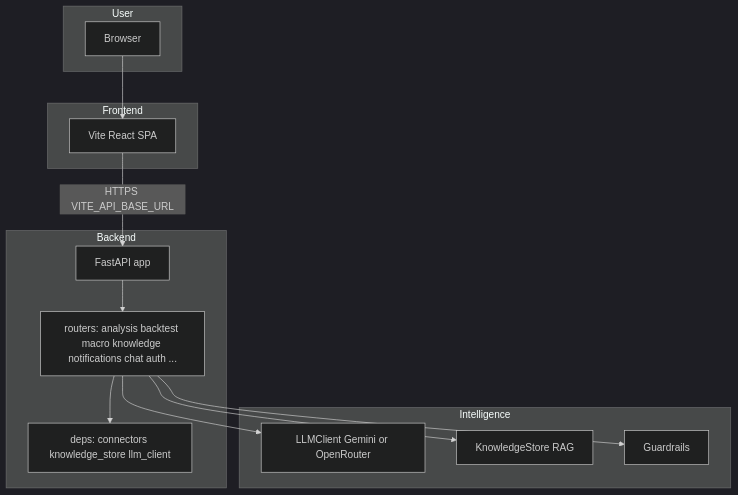
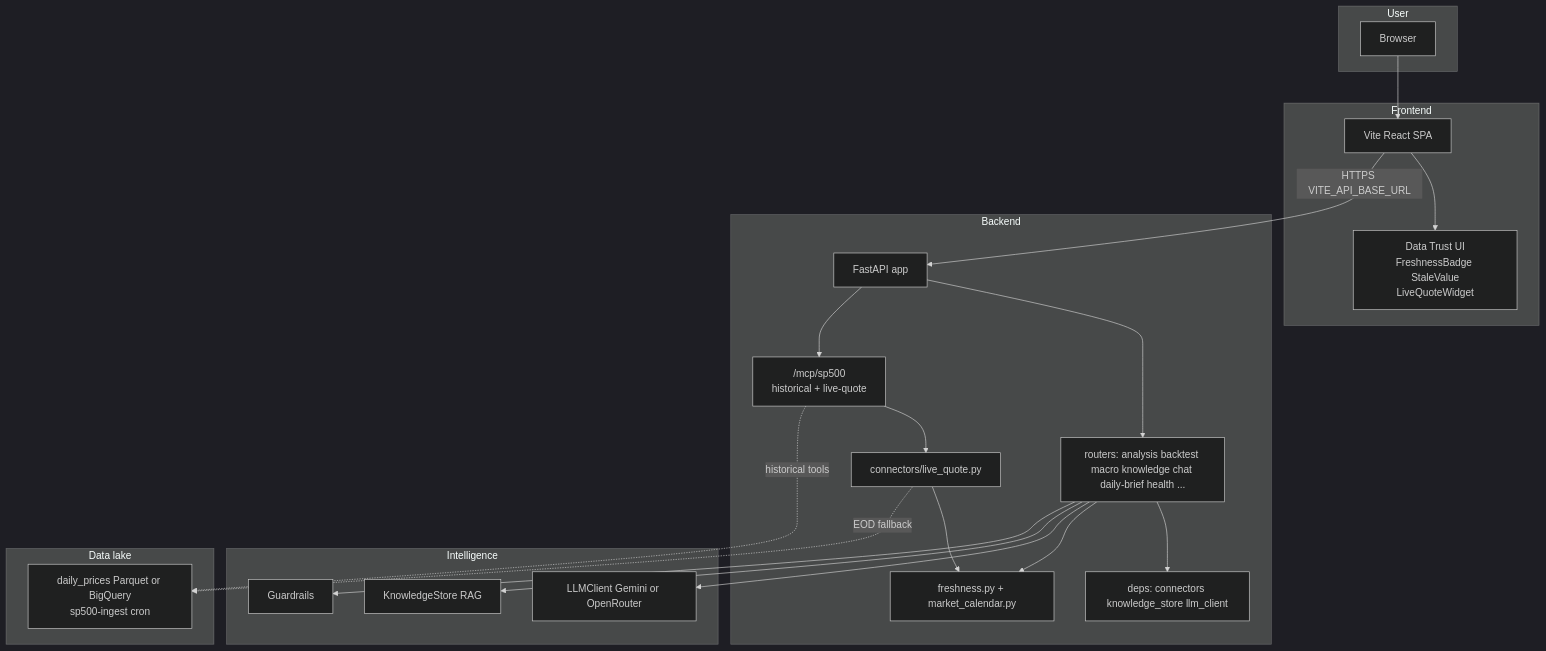
The first of 5 diagrams in docs/ARCHITECTURE.md (manojsilwal/tradetalkapp), drawn with Mermaid (dark theme) before and after one commit. The commit also changed other lines of this file and 72 other files, not shown here.

First line of the commit message:
Ship Data Trust Layer, live quotes, and MiniMax OpenRouter defaults.

````diff
--- a/docs/ARCHITECTURE.md
+++ b/docs/ARCHITECTURE.md
@@ -24,26 +24,40 @@
 ```mermaid
 flowchart TB
   subgraph user [User]
     Browser[Browser]
   end
   subgraph fe [Frontend]
     SPA[Vite React SPA]
+    TrustUI[Data Trust UI\nFreshnessBadge StaleValue\nLiveQuoteWidget]
   end
   subgraph be [Backend]
     API[FastAPI app]
-    Routers[routers: analysis backtest macro knowledge notifications chat auth ...]
+    Routers[routers: analysis backtest macro knowledge chat daily-brief health ...]
+    MCP["/mcp/sp500\nhistorical + live-quote"]
     Deps[deps: connectors knowledge_store llm_client]
+    DTL[freshness.py + market_calendar.py]
+    LiveEng[connectors/live_quote.py]
     API --> Routers
+    API --> MCP
     Routers --> Deps
+    MCP --> LiveEng
+    LiveEng --> DTL
+    Routers --> DTL
   end
   subgraph intel [Intelligence]
     LLM[LLMClient Gemini or OpenRouter]
     KS[KnowledgeStore RAG]
     GR[Guardrails]
   end
+  subgraph lake [Data lake]
+    DL[daily_prices Parquet or BigQuery\nsp500-ingest cron]
+  end
   Browser --> SPA
+  SPA --> TrustUI
   SPA -->|HTTPS VITE_API_BASE_URL| API
   Routers --> LLM
   Routers --> KS
   Routers --> GR
+  LiveEng -.->|EOD fallback| DL
+  MCP -.->|historical tools| DL
 ```
````
